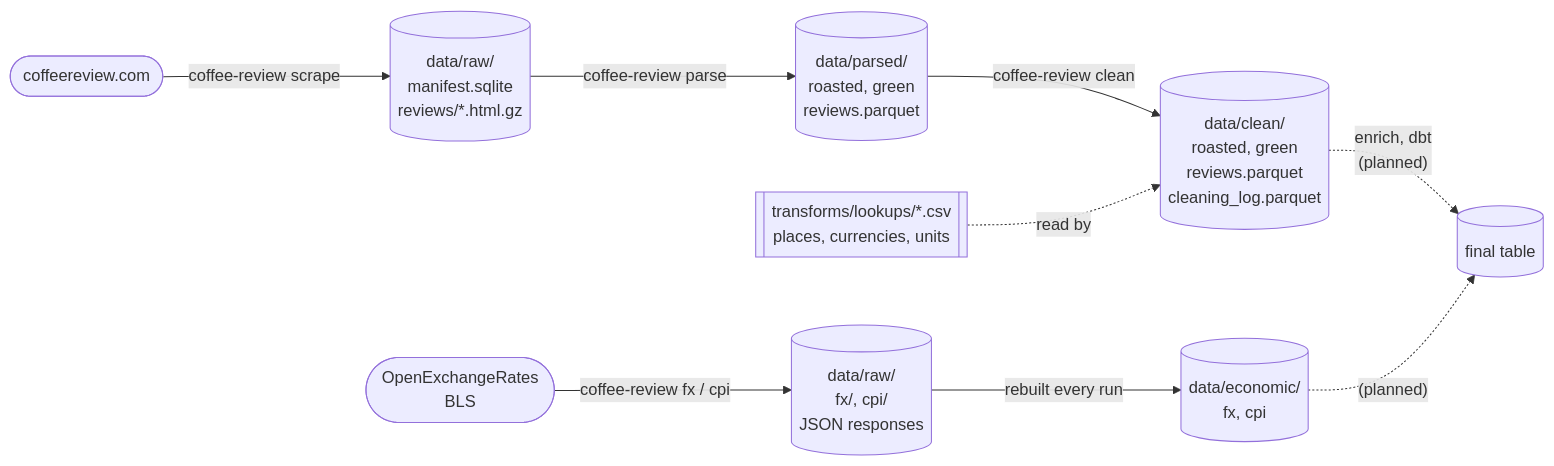
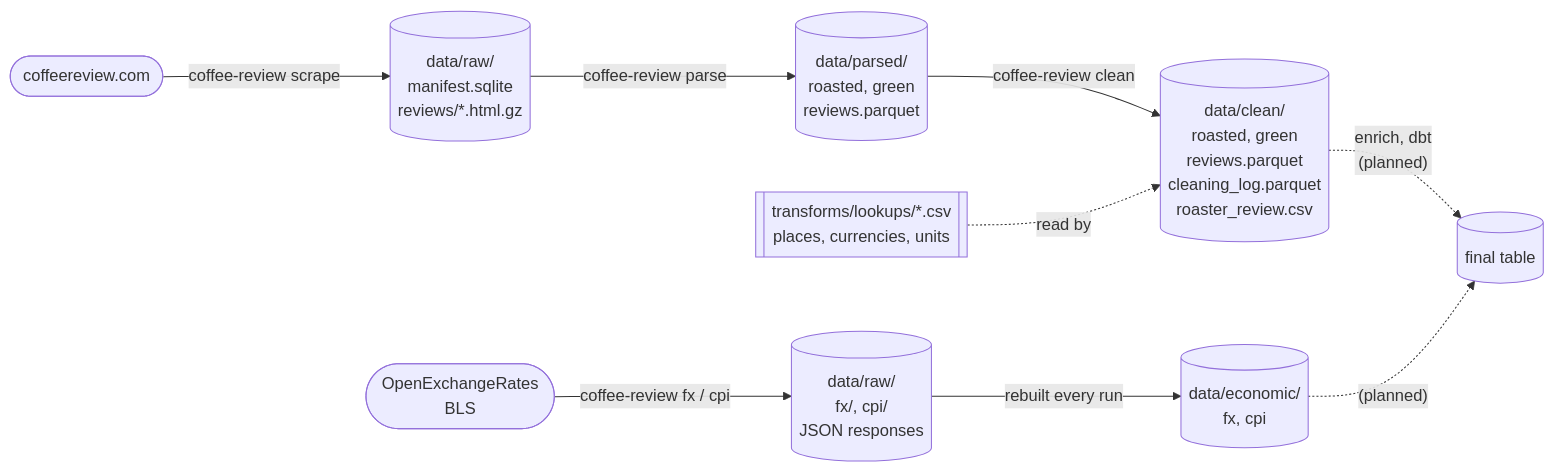
The first of 7 diagrams in docs/architecture.md (tynardone/coffee-review), drawn with Mermaid before and after one commit. The commit also changed 4 other files, not shown here.

Commit message:
docs: the roaster review sheet

````diff
--- a/docs/architecture.md
+++ b/docs/architecture.md
@@ -13,21 +13,21 @@
 ```mermaid
 flowchart LR
     site(["coffeereview.com"])
     apis(["OpenExchangeRates<br>BLS"])
     raw[("data/raw/<br>manifest.sqlite<br>reviews/*.html.gz")]
     parsed[("data/parsed/<br>roasted, green<br>reviews.parquet")]
-    clean[("data/clean/<br>roasted, green<br>reviews.parquet<br>cleaning_log.parquet")]
+    clean[("data/clean/<br>roasted, green<br>reviews.parquet<br>cleaning_log.parquet<br>roaster_review.csv")]
     lookups[["transforms/lookups/*.csv<br>places, currencies, units"]]
     rawref[("data/raw/<br>fx/, cpi/<br>JSON responses")]
     economic[("data/economic/<br>fx, cpi")]
     final[("final table")]
 
     site -->|"coffee-review scrape"| raw
     raw -->|"coffee-review parse"| parsed
     parsed -->|"coffee-review clean"| clean
     lookups -.->|read by| clean
     clean -.->|"enrich, dbt<br>(planned)"| final
     apis -->|"coffee-review fx / cpi"| rawref
     rawref -->|rebuilt every run| economic
     economic -.->|"(planned)"| final
 ```
````
